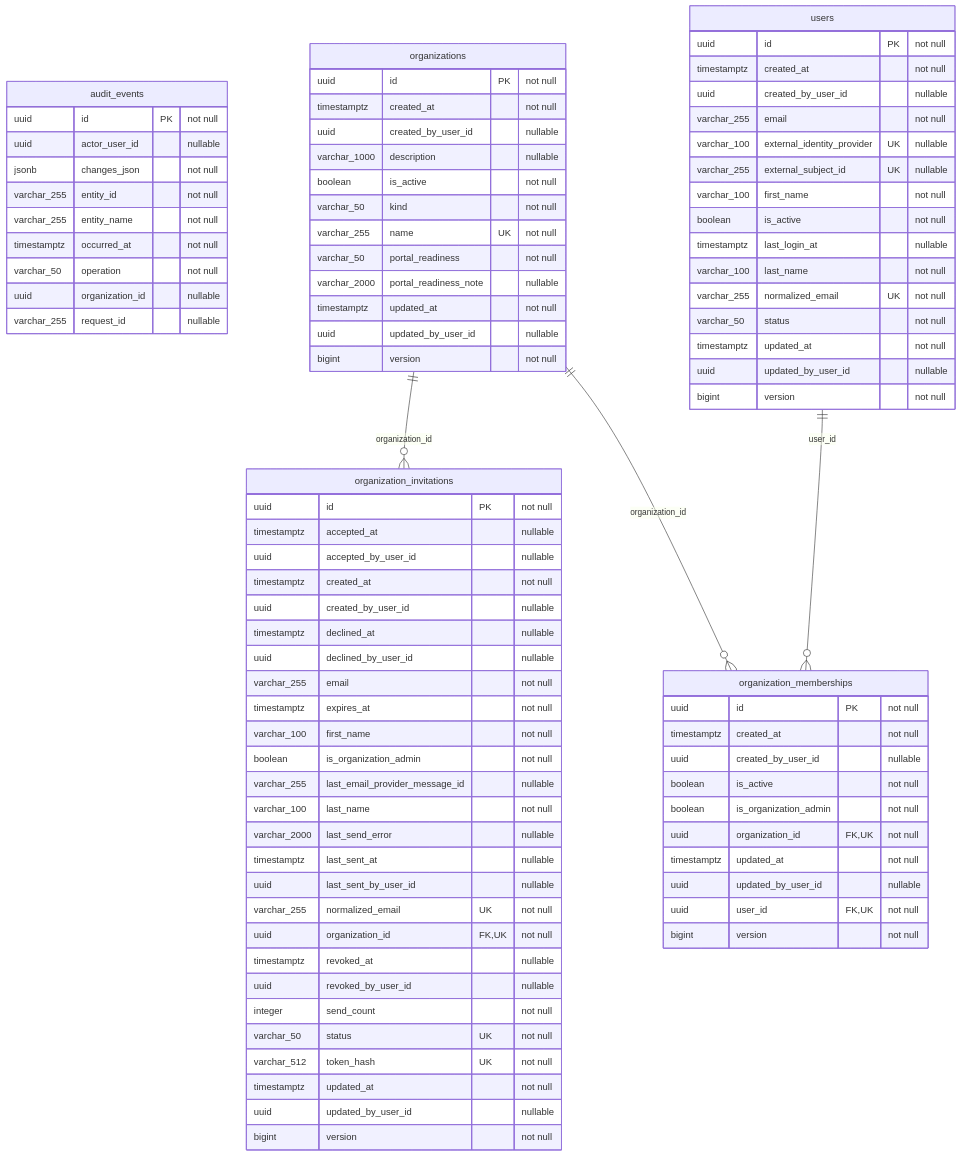
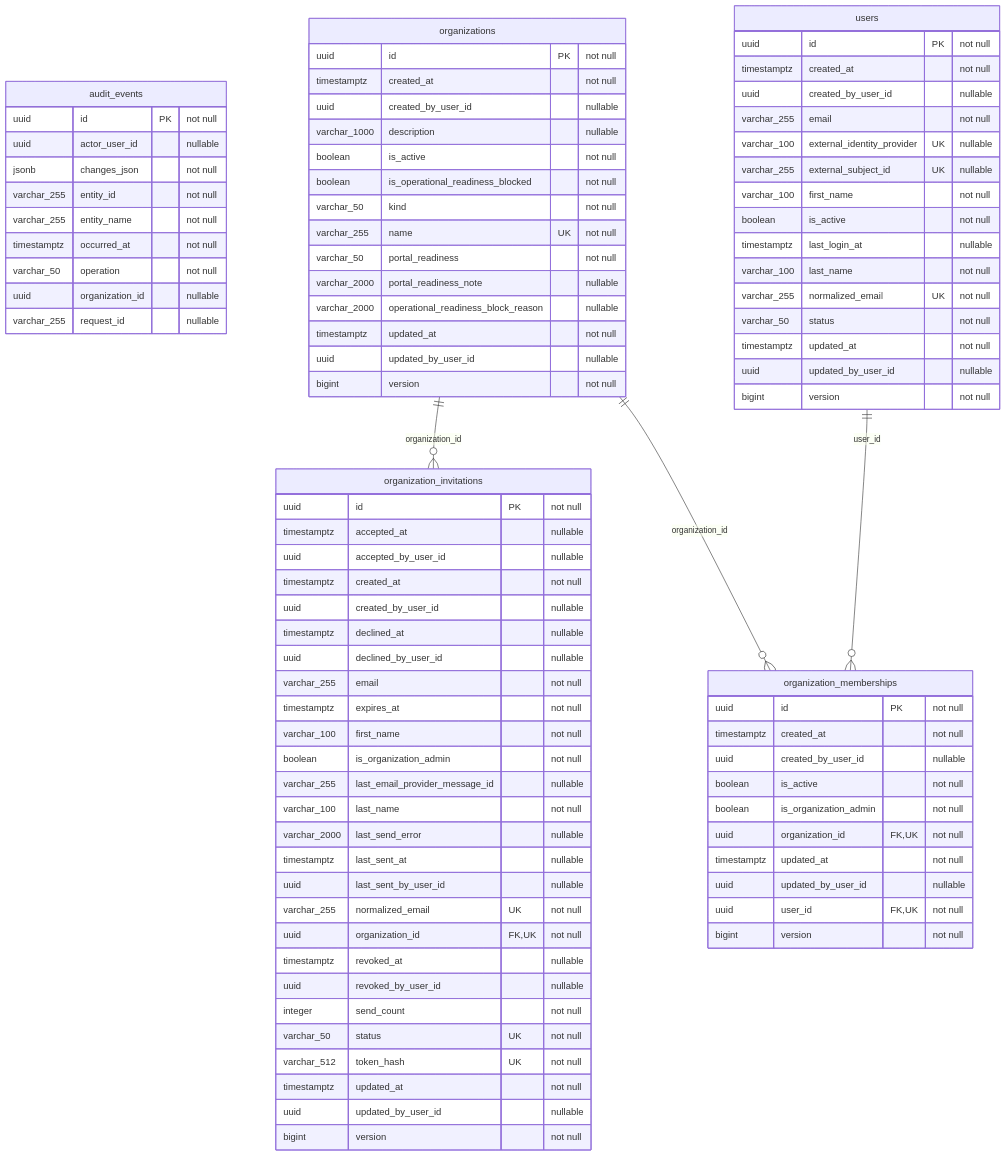
Before and after one commit to behaack/phaeno-ops-mgmt-system: the second of 18 diagrams in docs/database-erd.md, drawn with Mermaid. The commit also changed other lines of this file and 108 other files, not shown here.

```diff
--- a/docs/database-erd.md
+++ b/docs/database-erd.md
@@ -94,10 +94,12 @@
         uuid created_by_user_id "nullable"
         varchar_1000 description "nullable"
         boolean is_active "not null"
+        boolean is_operational_readiness_blocked "not null"
         varchar_50 kind "not null"
         varchar_255 name UK "not null"
         varchar_50 portal_readiness "not null"
         varchar_2000 portal_readiness_note "nullable"
+        varchar_2000 operational_readiness_block_reason "nullable"
         timestamptz updated_at "not null"
         uuid updated_by_user_id "nullable"
         bigint version "not null"
```
